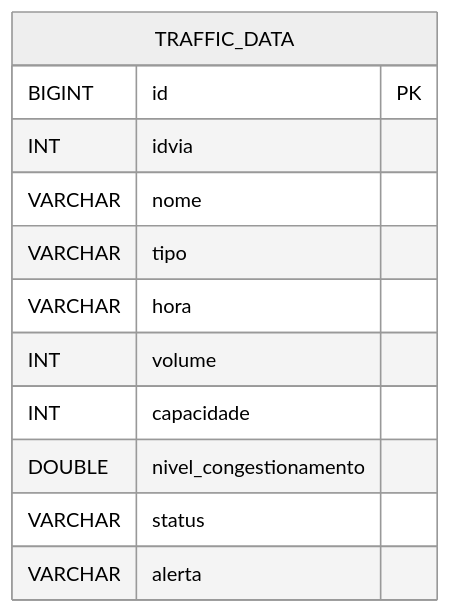
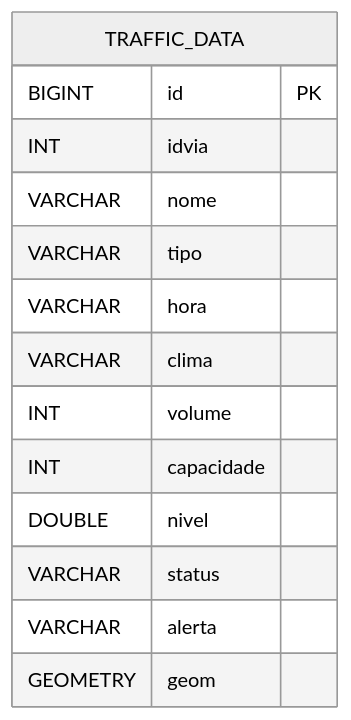
The first of 2 diagrams in docs/dados.md (No-Country-simulation/S03-26-Equipe-26-Web-App-Development), drawn with Mermaid (neutral theme) before and after one commit. The commit also changed other lines of this file and 4 other files, not shown here.

````diff
--- a/docs/dados.md
+++ b/docs/dados.md
@@ -49,15 +48,17 @@
 ```mermaid
 erDiagram
     TRAFFIC_DATA {
         BIGINT id PK
         INT idvia
         VARCHAR nome
         VARCHAR tipo
         VARCHAR hora
+        VARCHAR clima
         INT volume
         INT capacidade
-        DOUBLE nivel_congestionamento
+        DOUBLE nivel
         VARCHAR status
         VARCHAR alerta
+        GEOMETRY geom
     }
 ```
````
